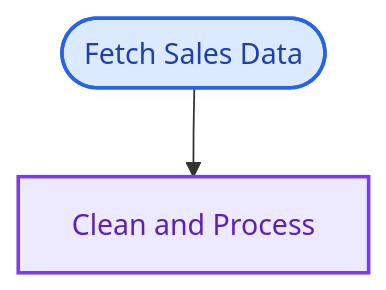
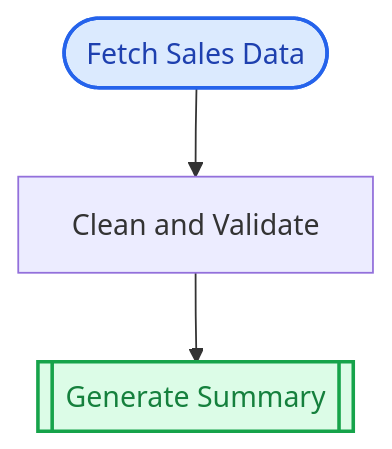
One commit to pjt222/putior changed the second of 3 diagrams in README.md. Above: the diagram before and after it, drawn with Mermaid. The commit also changed other lines of this file and 2 other files, not shown here.

````diff
--- a/README.md
+++ b/README.md
@@ -104,14 +108,16 @@
 ```mermaid
 flowchart TD
-    fetch_sales(["Fetch Sales Data"])
-    clean_data["Clean and Process"]
+    fetch(["Fetch Sales Data"])
+    clean["Clean and Validate"]
+    report[["Generate Summary"]]
 
     %% Connections
-    fetch_sales --> clean_data
+    fetch --> clean
+    clean --> report
 
     %% Styling
     classDef inputStyle fill:#dbeafe,stroke:#2563eb,stroke-width:2px,color:#1e40af
-    class fetch_sales inputStyle
-    classDef processStyle fill:#ede9fe,stroke:#7c3aed,stroke-width:2px,color:#5b21b6
-    class clean_data processStyle
+    class fetch inputStyle
+    classDef outputStyle fill:#dcfce7,stroke:#16a34a,stroke-width:2px,color:#15803d
+    class report outputStyle
 ```
````
